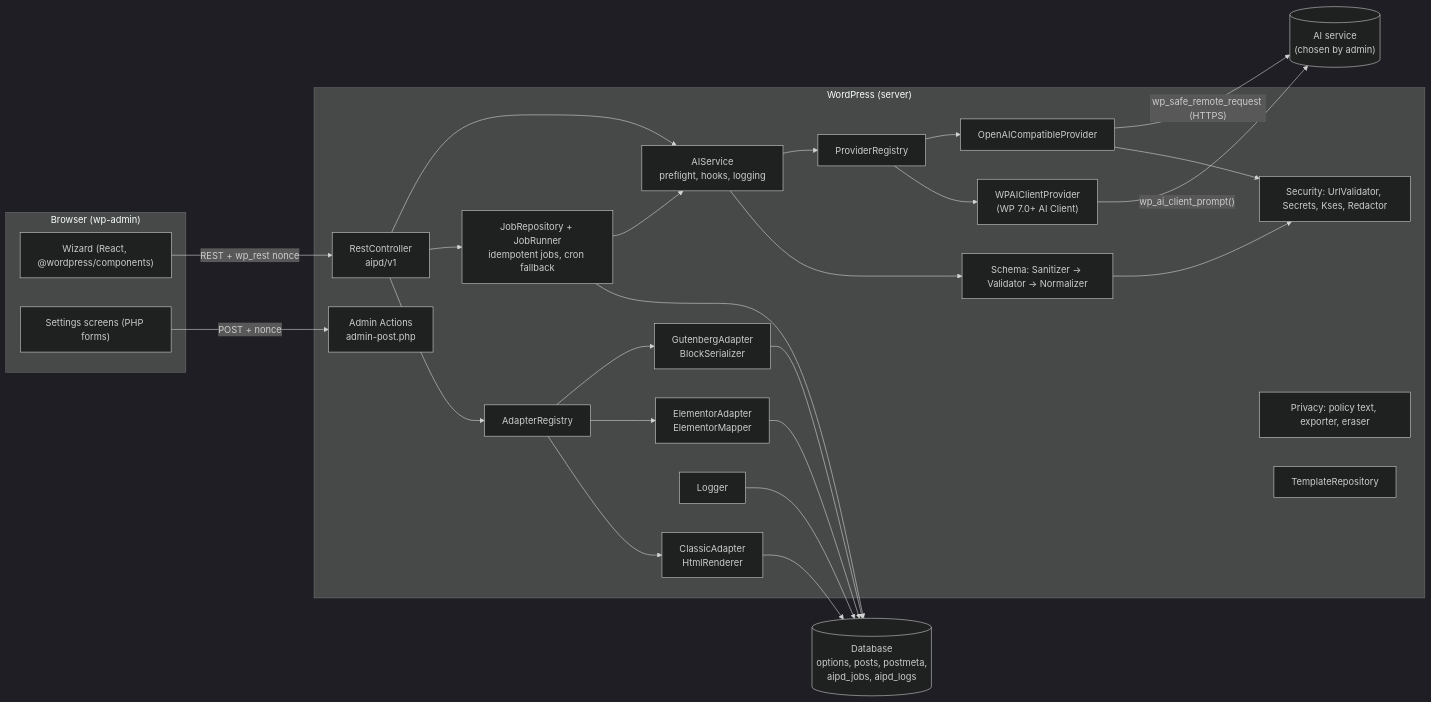
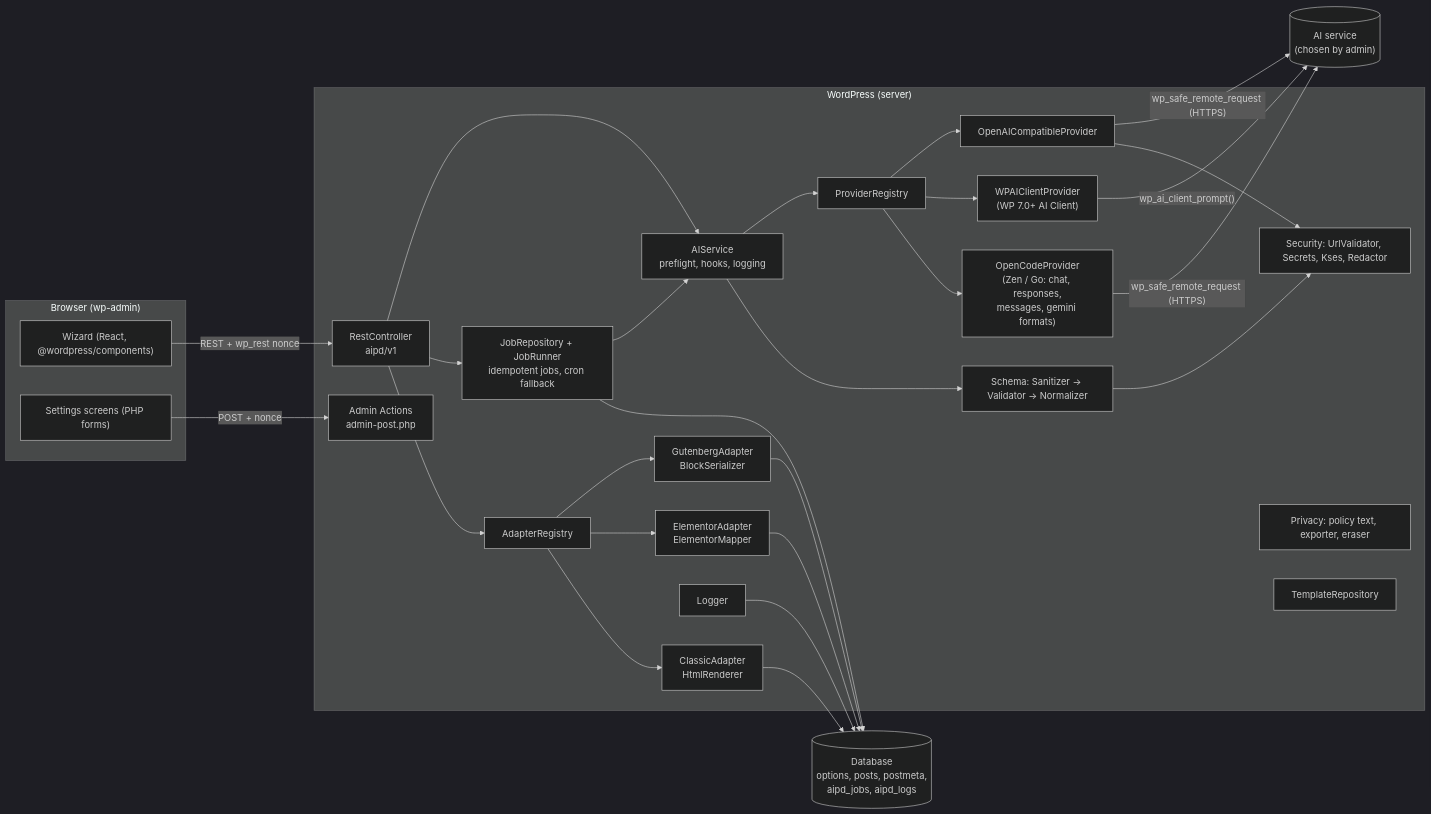
Before and after one commit to tabriznia-dotcom/wp-fast-api-ai: the first of 3 diagrams in docs/architecture.md, drawn with Mermaid (dark theme). The commit also changed other lines of this file and 25 other files, not shown here.

First line of the commit message:
Add OpenCode Zen / Go provider (1.1.0)

````diff
--- a/docs/architecture.md
+++ b/docs/architecture.md
@@ -7,43 +7,45 @@
 ```mermaid
 flowchart LR
   subgraph Browser["Browser (wp-admin)"]
     W["Wizard (React, @wordpress/components)"]
     S["Settings screens (PHP forms)"]
   end
 
   subgraph WP["WordPress (server)"]
     REST["RestController<br/>aipd/v1"]
     ACT["Admin Actions<br/>admin-post.php"]
     AIS["AIService<br/>preflight, hooks, logging"]
     JOB["JobRepository + JobRunner<br/>idempotent jobs, cron fallback"]
     PR["ProviderRegistry"]
     P1["OpenAICompatibleProvider"]
     P2["WPAIClientProvider<br/>(WP 7.0+ AI Client)"]
+    P3["OpenCodeProvider<br/>(Zen / Go: chat, responses,<br/>messages, gemini formats)"]
     SCH["Schema: Sanitizer → Validator → Normalizer"]
     AR["AdapterRegistry"]
     G["GutenbergAdapter<br/>BlockSerializer"]
     E["ElementorAdapter<br/>ElementorMapper"]
     C["ClassicAdapter<br/>HtmlRenderer"]
     SEC["Security: UrlValidator, Secrets, Kses, Redactor"]
     PRIV["Privacy: policy text, exporter, eraser"]
     TPL["TemplateRepository"]
     LOG["Logger"]
   end
 
   EXT[("AI service<br/>(chosen by admin)")]
   DB[("Database<br/>options, posts, postmeta,<br/>aipd_jobs, aipd_logs")]
 
   W -- "REST + wp_rest nonce" --> REST
   S -- "POST + nonce" --> ACT
-  REST --> AIS --> PR --> P1 & P2
+  REST --> AIS --> PR --> P1 & P2 & P3
   P1 -- "wp_safe_remote_request (HTTPS)" --> EXT
+  P3 -- "wp_safe_remote_request (HTTPS)" --> EXT
   P2 -- "wp_ai_client_prompt()" --> EXT
   REST --> JOB --> AIS
   AIS --> SCH
   REST --> AR --> G & E & C
   G & E & C --> DB
   JOB --> DB
   LOG --> DB
   P1 --> SEC
   SCH --> SEC
 ```
````
